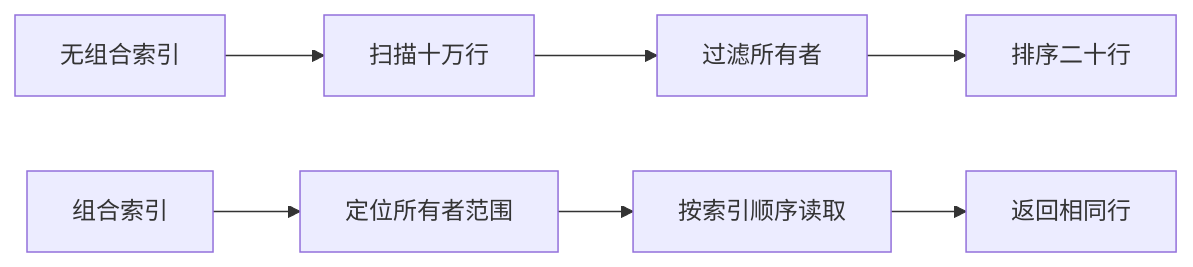
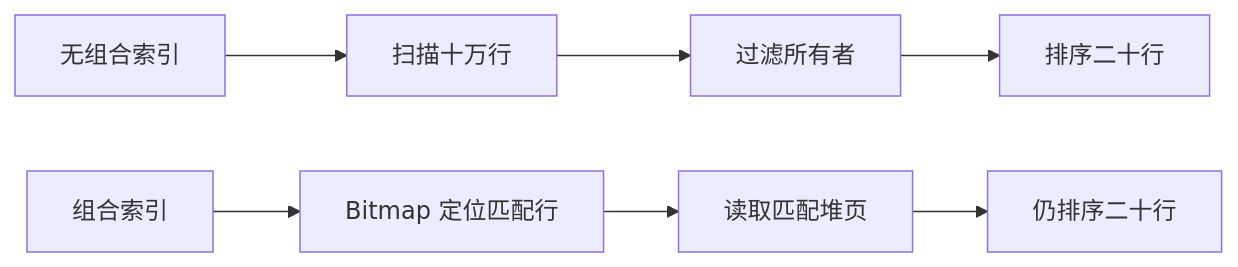
The diagram in manual/chapters/15-performance.md (miku-wwl/echocase), drawn with Mermaid before and after one commit. The commit also changed other lines of this file and 27 other files, not shown here.

````diff
--- a/manual/chapters/15-performance.md
+++ b/manual/chapters/15-performance.md
@@ -15,9 +15,9 @@
 ```mermaid
 flowchart LR
     A[无组合索引] --> B[扫描十万行]
     B --> C[过滤所有者]
     C --> D[排序二十行]
-    E[组合索引] --> F[定位所有者范围]
-    F --> G[按索引顺序读取]
-    G --> H[返回相同行]
+    E[组合索引] --> F[Bitmap 定位匹配行]
+    F --> G[读取匹配堆页]
+    G --> H[仍排序二十行]
 ```
````
